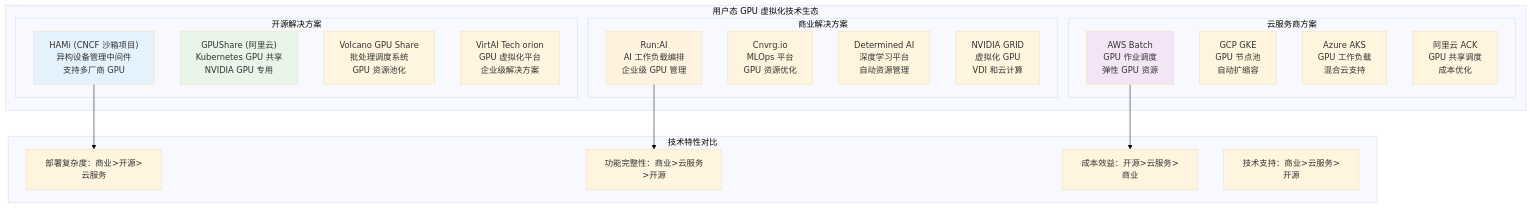
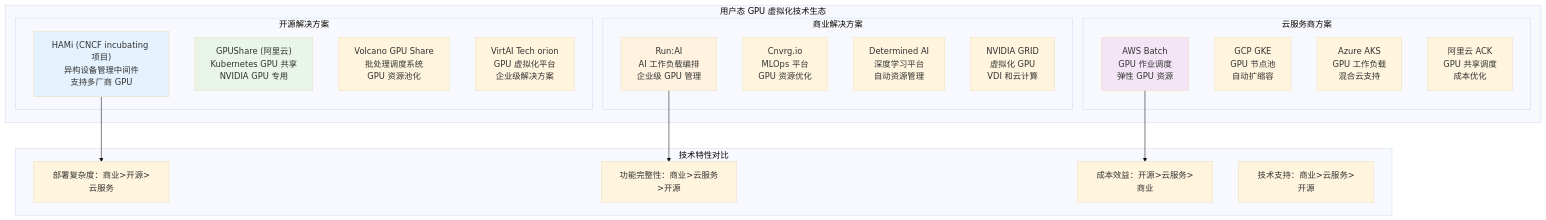
One commit to ForceInjection/AI-fundamentals changed the fifth of 5 diagrams in 04_cloud_native_ai_platform/gpu_manager/02_virtualization.md. Above: the diagram before and after it, drawn with Mermaid (base theme). The commit also changed other lines of this file and 26 other files, not shown here.

````diff
--- a/04_cloud_native_ai_platform/gpu_manager/02_virtualization.md
+++ b/04_cloud_native_ai_platform/gpu_manager/02_virtualization.md
@@ -3453,41 +3438,41 @@
 ```mermaid
 graph TB
     subgraph "用户态 GPU 虚拟化技术生态"
         subgraph "开源解决方案"
-            HAMI["HAMi (CNCF 沙箱项目)<br/>异构设备管理中间件<br/>支持多厂商 GPU"]
+            HAMI["HAMi (CNCF incubating 项目)<br/>异构设备管理中间件<br/>支持多厂商 GPU"]
             GPUSHARE["GPUShare (阿里云)<br/>Kubernetes GPU 共享<br/>NVIDIA GPU 专用"]
             VOLCANO["Volcano GPU Share<br/>批处理调度系统<br/>GPU 资源池化"]
             VIRTAITECH["VirtAI Tech orion<br/>GPU 虚拟化平台<br/>企业级解决方案"]
         end
 
         subgraph "商业解决方案"
             RUNAI["Run:AI<br/>AI 工作负载编排<br/>企业级 GPU 管理"]
             CNVRG["Cnvrg.io<br/>MLOps 平台<br/>GPU 资源优化"]
             DETERMINED["Determined AI<br/>深度学习平台<br/>自动资源管理"]
             GRID["NVIDIA GRID<br/>虚拟化 GPU<br/>VDI 和云计算"]
         end
 
         subgraph "云服务商方案"
             AWS_BATCH["AWS Batch<br/>GPU 作业调度<br/>弹性 GPU 资源"]
             GCP_GKE["GCP GKE<br/>GPU 节点池<br/>自动扩缩容"]
             AZURE_AKS["Azure AKS<br/>GPU 工作负载<br/>混合云支持"]
             ALIBABA["阿里云 ACK<br/>GPU 共享调度<br/>成本优化"]
         end
     end
 
     subgraph "技术特性对比"
         FEATURE1["部署复杂度：商业>开源>云服务"]
         FEATURE2["功能完整性：商业>云服务>开源"]
         FEATURE3["成本效益：开源>云服务>商业"]
         FEATURE4["技术支持：商业>云服务>开源"]
     end
 
     HAMI --> FEATURE1
     RUNAI --> FEATURE2
     AWS_BATCH --> FEATURE3
 
     style HAMI fill:#e3f2fd
     style GPUSHARE fill:#e8f5e8
     style RUNAI fill:#fff3e0
     style AWS_BATCH fill:#f3e5f5
 ```
````
